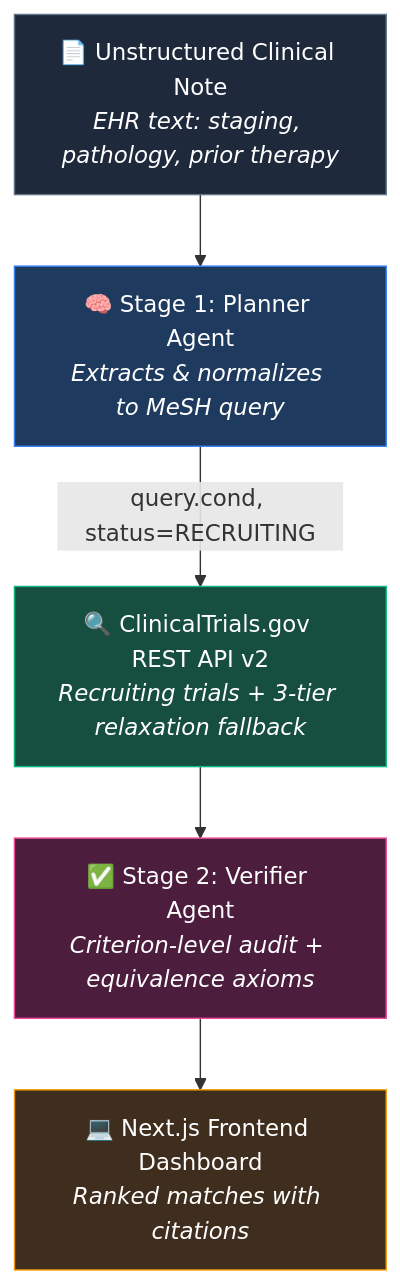
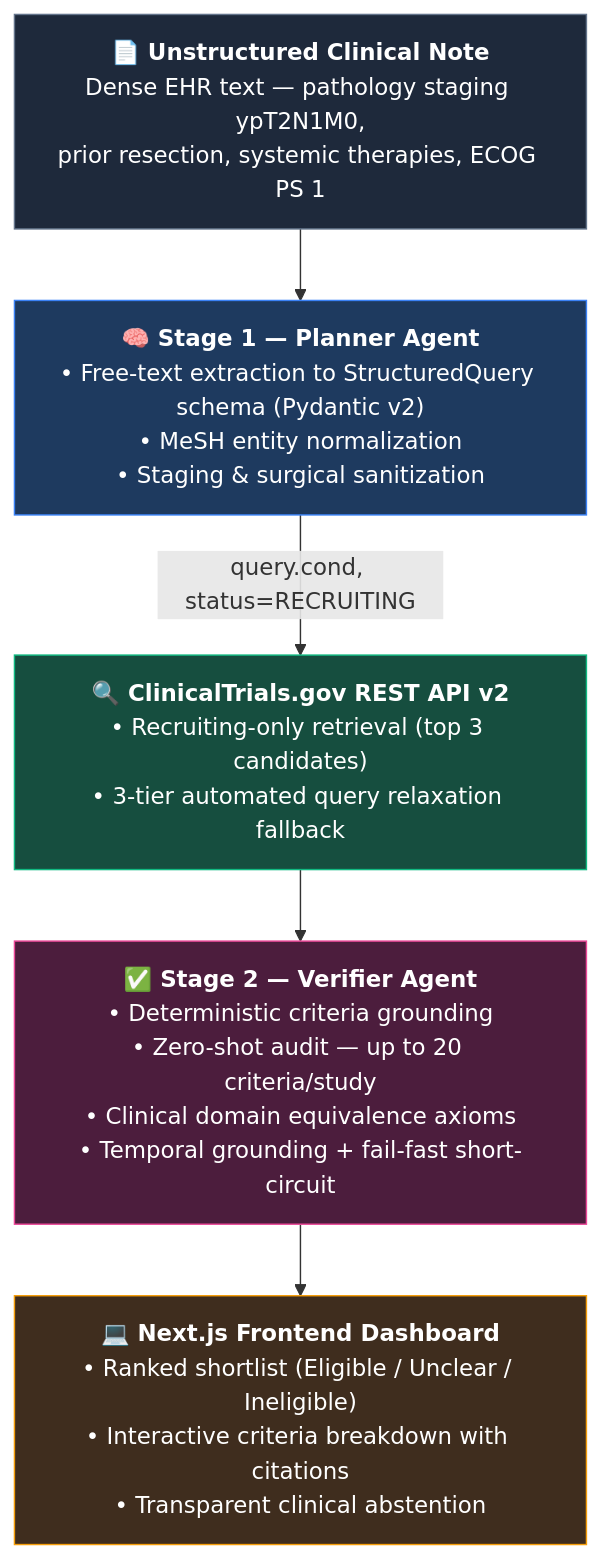
One commit to snhaal/clinical-evidence-navigator changed the diagram in README.md. Above: the diagram before and after it, drawn with Mermaid. The commit also changed other lines of this file, not shown here.

````diff
--- a/README.md
+++ b/README.md
@@ -26,23 +26,38 @@
 ```mermaid
+%%{init: {'flowchart': {'wrappingWidth': 340}}}%%
 flowchart TD
-    A["📄 Unstructured Clinical Note<br/><i>EHR text: staging, pathology, prior therapy</i>"]
+    A["`**📄 Unstructured Clinical Note**
+    Dense EHR text — pathology staging ypT2N1M0,
+    prior resection, systemic therapies, ECOG PS 1`"]
 
-    B["🧠 Stage 1: Planner Agent<br/><i>Extracts & normalizes to MeSH query</i>"]
+    B["`**🧠 Stage 1 — Planner Agent**
+    • Free-text extraction to StructuredQuery schema (Pydantic v2)
+    • MeSH entity normalization
+    • Staging & surgical sanitization`"]
 
-    C["🔍 ClinicalTrials.gov REST API v2<br/><i>Recruiting trials + 3-tier relaxation fallback</i>"]
+    C["`**🔍 ClinicalTrials.gov REST API v2**
+    • Recruiting-only retrieval (top 3 candidates)
+    • 3-tier automated query relaxation fallback`"]
 
-    D["✅ Stage 2: Verifier Agent<br/><i>Criterion-level audit + equivalence axioms</i>"]
+    D["`**✅ Stage 2 — Verifier Agent**
+    • Deterministic criteria grounding
+    • Zero-shot audit — up to 20 criteria/study
+    • Clinical domain equivalence axioms
+    • Temporal grounding + fail-fast short-circuit`"]
 
-    E["💻 Next.js Frontend Dashboard<br/><i>Ranked matches with citations</i>"]
+    E["`**💻 Next.js Frontend Dashboard**
+    • Ranked shortlist (Eligible / Unclear / Ineligible)
+    • Interactive criteria breakdown with citations
+    • Transparent clinical abstention`"]
 
     A --> B
     B -->|"query.cond, status=RECRUITING"| C
     C --> D
     D --> E
 
     style A fill:#1e293b,stroke:#64748b,color:#fff
     style B fill:#1e3a5f,stroke:#3b82f6,color:#fff
     style C fill:#164e3f,stroke:#10b981,color:#fff
     style D fill:#4c1d3d,stroke:#ec4899,color:#fff
     style E fill:#3f2d1e,stroke:#f59e0b,color:#fff
 ```
````
